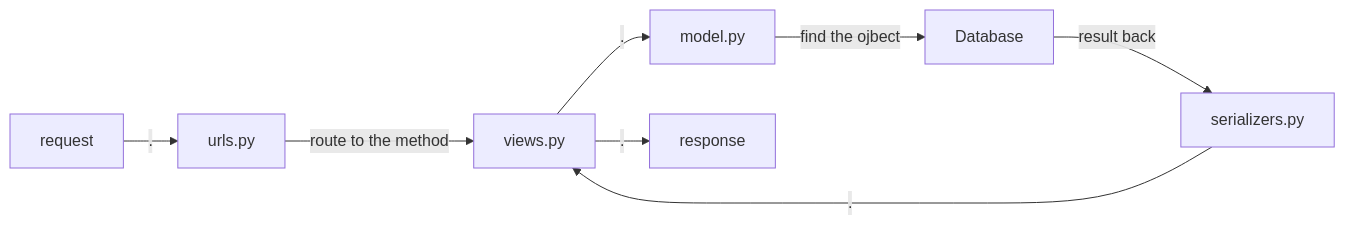
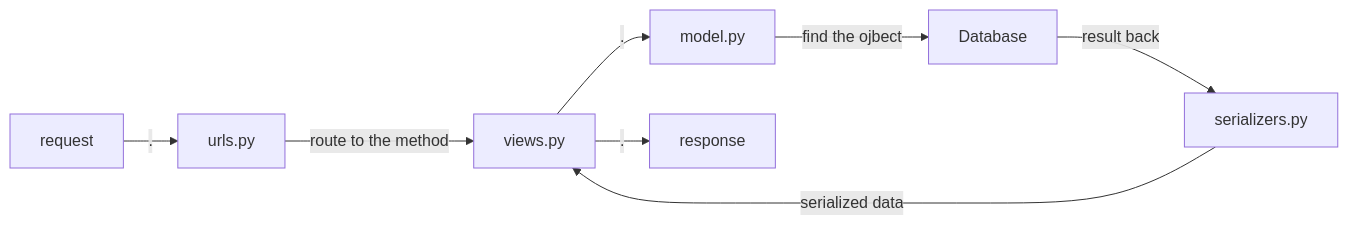
The second of 4 diagrams in Welcome file.md (LooDaHu/ARORA_General_-Introduction), drawn with Mermaid before and after one commit. The commit also changed other lines of this file, not shown here.

````diff
--- a/Welcome file.md
+++ b/Welcome file.md
@@ -159,10 +159,10 @@
 ```mermaid
 graph LR
 request -- . --> urls.py
 urls.py -- route to the method --> views.py
 views.py -- . --> model.py
 model.py -- find the ojbect --> Database
 Database -- result back --> serializers.py
-serializers.py -- . --> views.py
-views.py --.--> response
+serializers.py -- serialized data --> views.py
+views.py --. --> response
 ```
````
